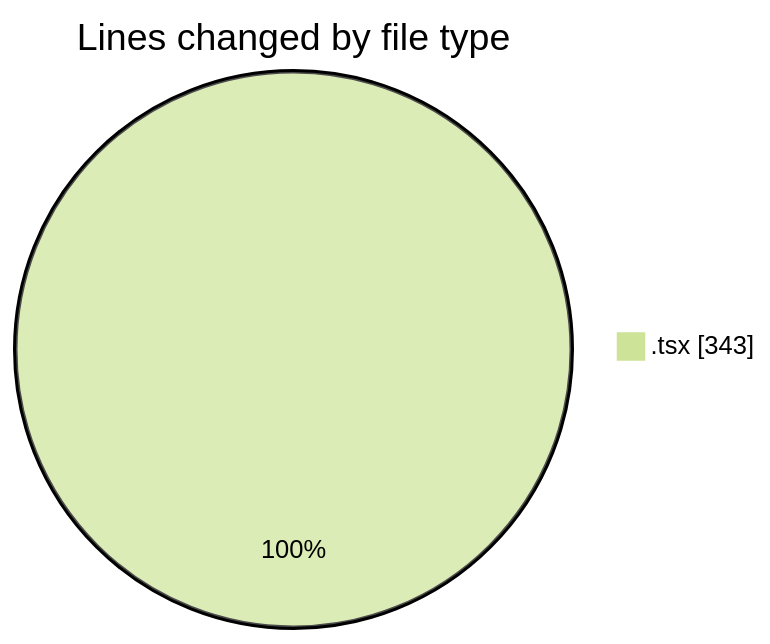
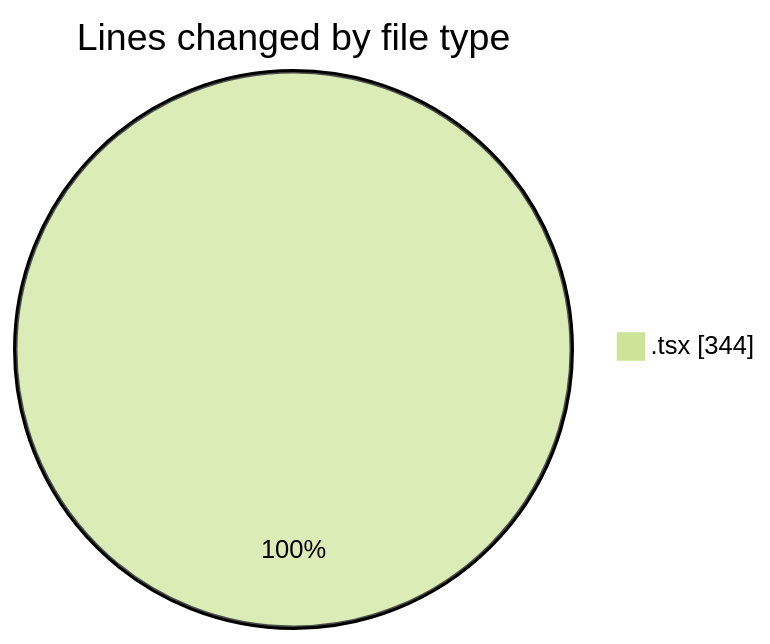
The first of 2 diagrams in 2025-07-05/project-bolt-sb1-ubqhn5y7__2_/README.md (JenPaints/code-tracking), drawn with Mermaid (forest theme) before and after one commit. The commit also changed other lines of this file and 1 other file, not shown here.

````diff
--- a/2025-07-05/project-bolt-sb1-ubqhn5y7__2_/README.md
+++ b/2025-07-05/project-bolt-sb1-ubqhn5y7__2_/README.md
@@ -20,5 +20,5 @@
 ```mermaid
 pie showData
 title Lines changed by file type
-".tsx" : 343
+".tsx" : 344
 ```
````
